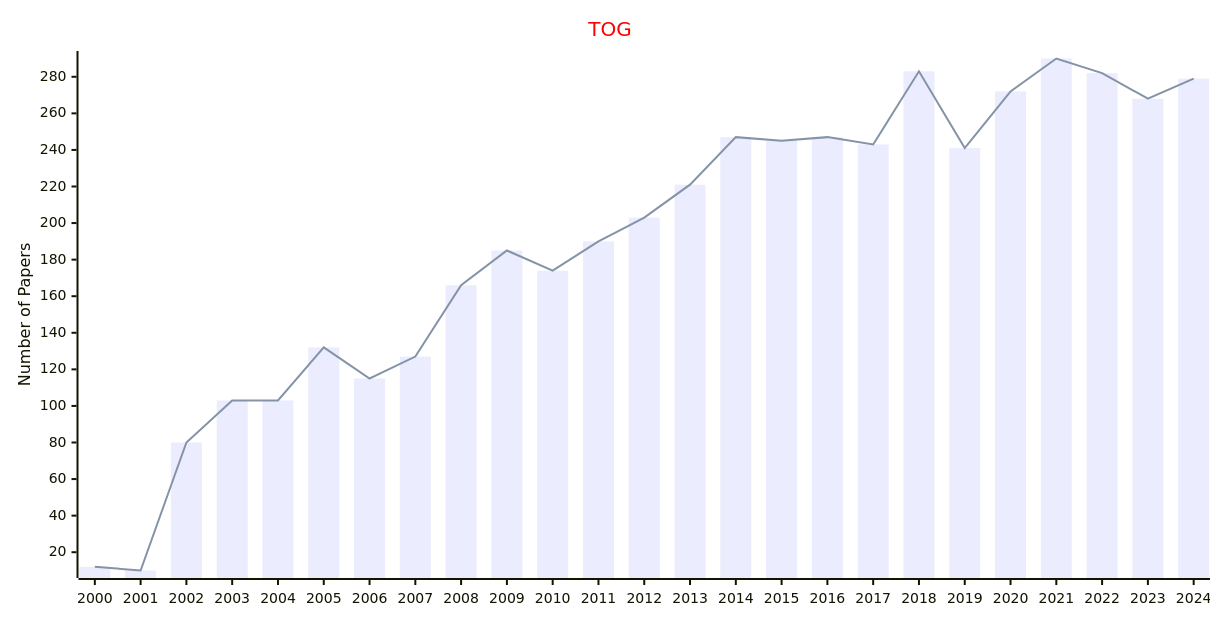
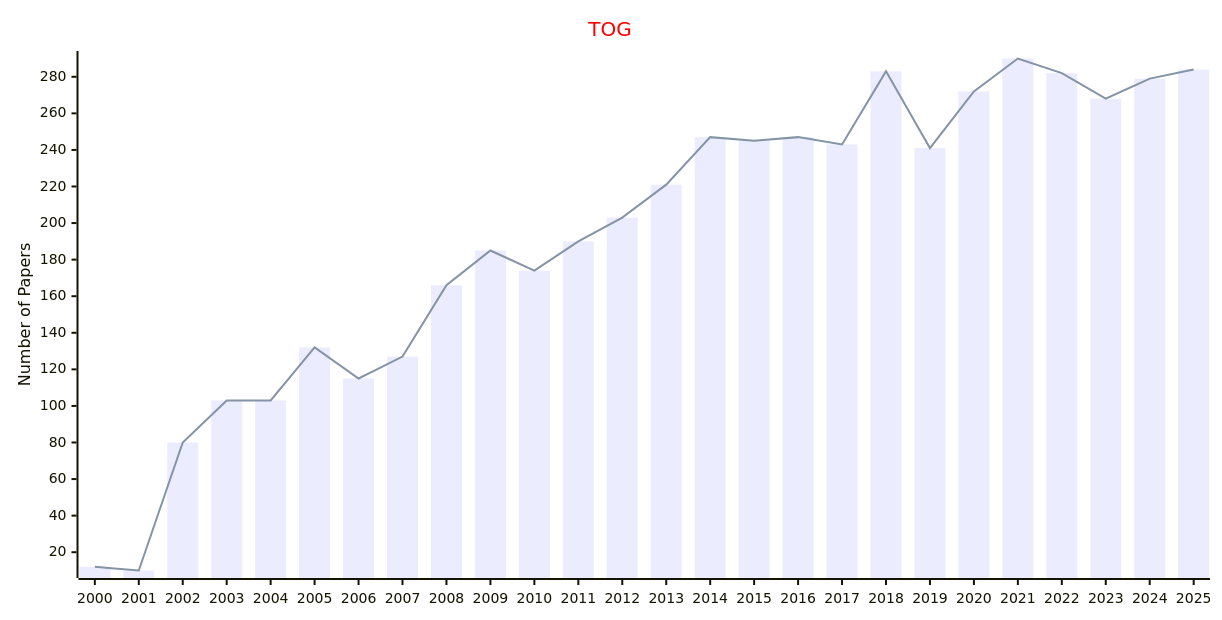
One commit to Easy-PhD/AILinks changed the first of 2 diagrams in docs/data/Journals/Statistics_Journals/Graphics.md. Above: the diagram before and after it, drawn with Mermaid. The commit also changed 93 other files, not shown here.

````diff
--- a/docs/data/Journals/Statistics_Journals/Graphics.md
+++ b/docs/data/Journals/Statistics_Journals/Graphics.md
@@ -9,17 +9,17 @@
 ```mermaid
 ---
 config:
     xyChart:
         width: 1200
         height: 600
     themeVariables:
         xyChart:
             titleColor: "#ff0000"
 ---
 xychart-beta
     title "TOG"
-    x-axis [2000, 2001, 2002, 2003, 2004, 2005, 2006, 2007, 2008, 2009, 2010, 2011, 2012, 2013, 2014, 2015, 2016, 2017, 2018, 2019, 2020, 2021, 2022, 2023, 2024]
+    x-axis [2000, 2001, 2002, 2003, 2004, 2005, 2006, 2007, 2008, 2009, 2010, 2011, 2012, 2013, 2014, 2015, 2016, 2017, 2018, 2019, 2020, 2021, 2022, 2023, 2024, 2025]
     y-axis "Number of Papers"
-    bar [12, 10, 80, 103, 103, 132, 115, 127, 166, 185, 174, 190, 203, 221, 247, 245, 247, 243, 283, 241, 272, 290, 282, 268, 279]
-    line [12, 10, 80, 103, 103, 132, 115, 127, 166, 185, 174, 190, 203, 221, 247, 245, 247, 243, 283, 241, 272, 290, 282, 268, 279]
+    bar [12, 10, 80, 103, 103, 132, 115, 127, 166, 185, 174, 190, 203, 221, 247, 245, 247, 243, 283, 241, 272, 290, 282, 268, 279, 284]
+    line [12, 10, 80, 103, 103, 132, 115, 127, 166, 185, 174, 190, 203, 221, 247, 245, 247, 243, 283, 241, 272, 290, 282, 268, 279, 284]
 ```
````
